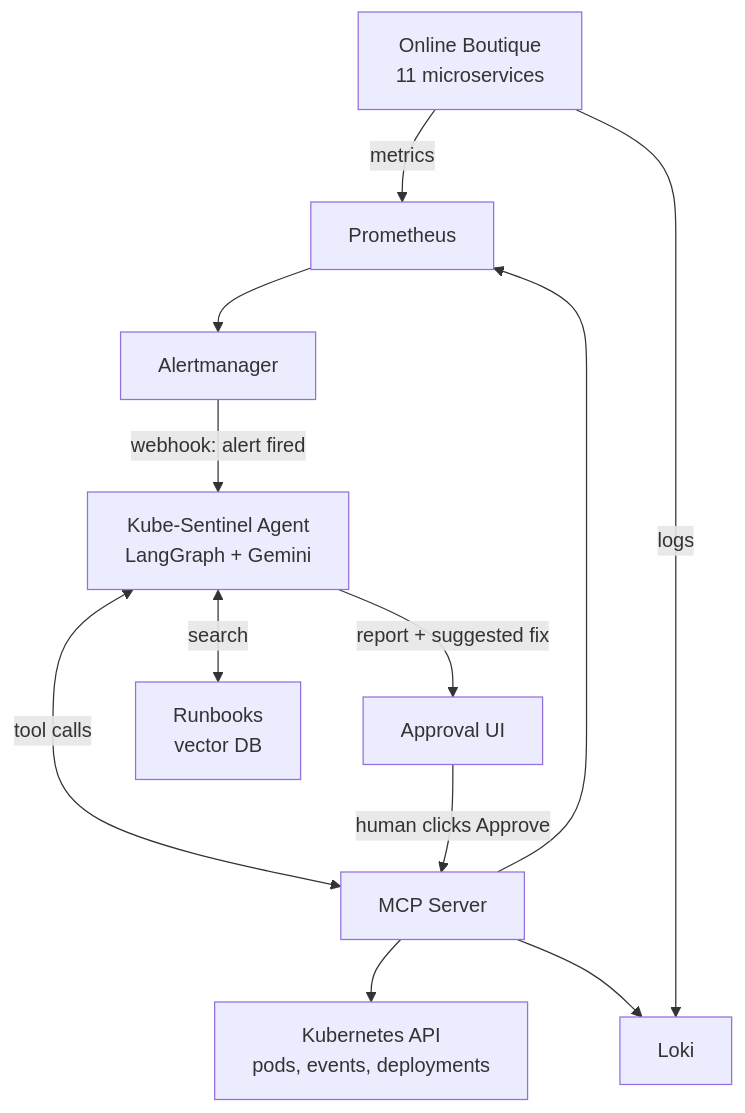
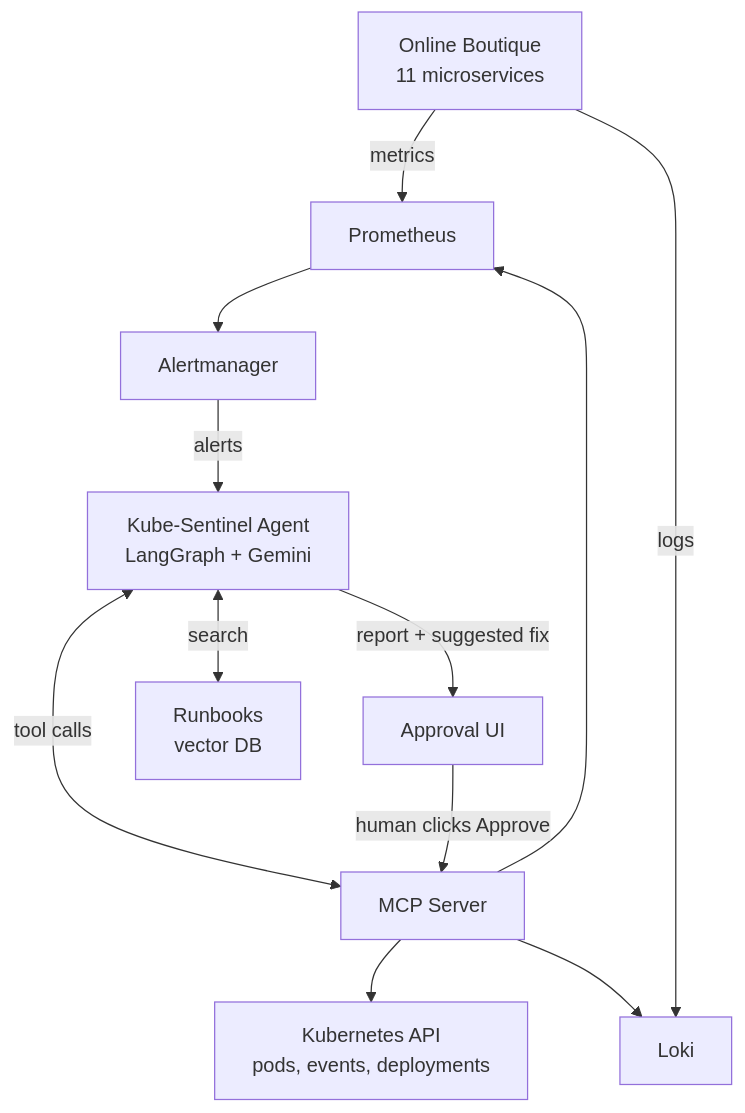
One commit to sharanya19/kube-sentinel changed the diagram in README.md. Above: the diagram before and after it, drawn with Mermaid. The commit also changed other lines of this file and 20 other files, not shown here.

First line of the commit message:
Add AI agent: LangGraph + Gemini investigation loop and alert watcher

````diff
--- a/README.md
+++ b/README.md
@@ -23,14 +23,14 @@
 ```mermaid
 flowchart TD
     A[Online Boutique<br/>11 microservices] -->|metrics| P[Prometheus]
     A -->|logs| L[Loki]
     P --> AM[Alertmanager]
-    AM -->|webhook: alert fired| AG[Kube-Sentinel Agent<br/>LangGraph + Gemini]
+    AM -->|alerts| AG[Kube-Sentinel Agent<br/>LangGraph + Gemini]
     AG <-->|tool calls| MCP[MCP Server]
     MCP --> K[Kubernetes API<br/>pods, events, deployments]
     MCP --> P
     MCP --> L
     AG <-->|search| RAG[Runbooks<br/>vector DB]
     AG -->|report + suggested fix| UI[Approval UI]
     UI -->|human clicks Approve| MCP
 ```
````
